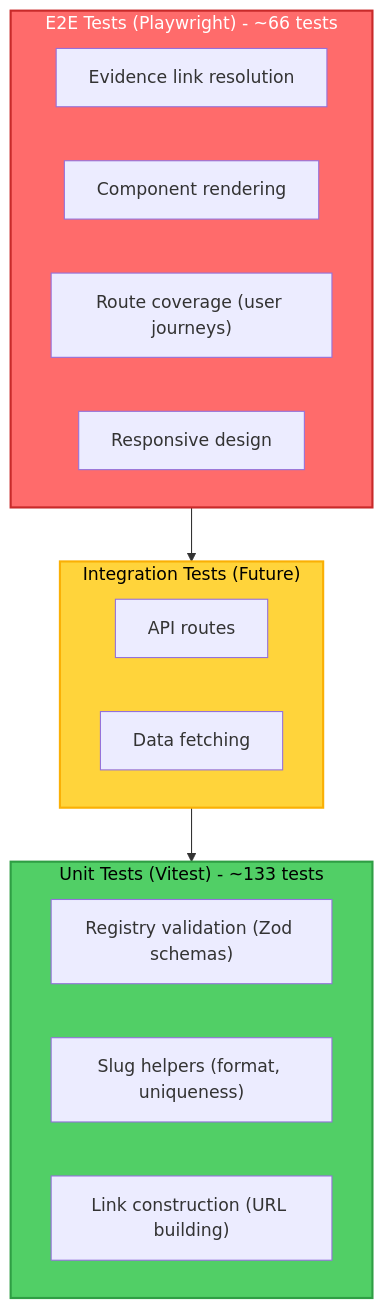
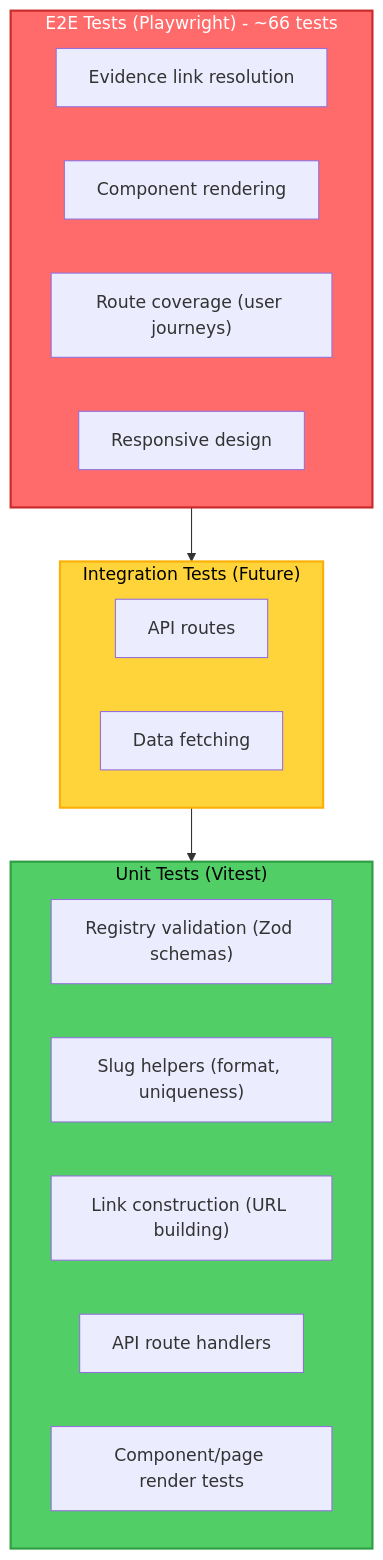
The diagram in docs/70-reference/testing-guide.md (bryce-seefieldt/portfolio-docs), drawn with Mermaid before and after one commit. The commit also changed other lines of this file and 6 other files, not shown here.

````diff
--- a/docs/70-reference/testing-guide.md
+++ b/docs/70-reference/testing-guide.md
@@ -26,27 +26,29 @@
 ```mermaid
 graph TB
     subgraph E2E["E2E Tests (Playwright) - ~66 tests"]
         E1["Evidence link resolution"]
         E2["Component rendering"]
         E3["Route coverage (user journeys)"]
         E4["Responsive design"]
     end
 
     subgraph INT["Integration Tests (Future)"]
         I1["API routes"]
         I2["Data fetching"]
     end
 
-    subgraph UNIT["Unit Tests (Vitest) - ~133 tests"]
-        U1["Registry validation (Zod schemas)"]
-        U2["Slug helpers (format, uniqueness)"]
-        U3["Link construction (URL building)"]
+    subgraph UNIT["Unit Tests (Vitest)"]
+      U1["Registry validation (Zod schemas)"]
+      U2["Slug helpers (format, uniqueness)"]
+      U3["Link construction (URL building)"]
+      U4["API route handlers"]
+      U5["Component/page render tests"]
     end
 
     E2E --> INT
     INT --> UNIT
 
     style E2E fill:#ff6b6b,stroke:#c92a2a,stroke-width:2px,color:#fff
     style INT fill:#ffd43b,stroke:#fab005,stroke-width:2px,color:#000
     style UNIT fill:#51cf66,stroke:#2f9e44,stroke-width:2px,color:#000
 ```
````
